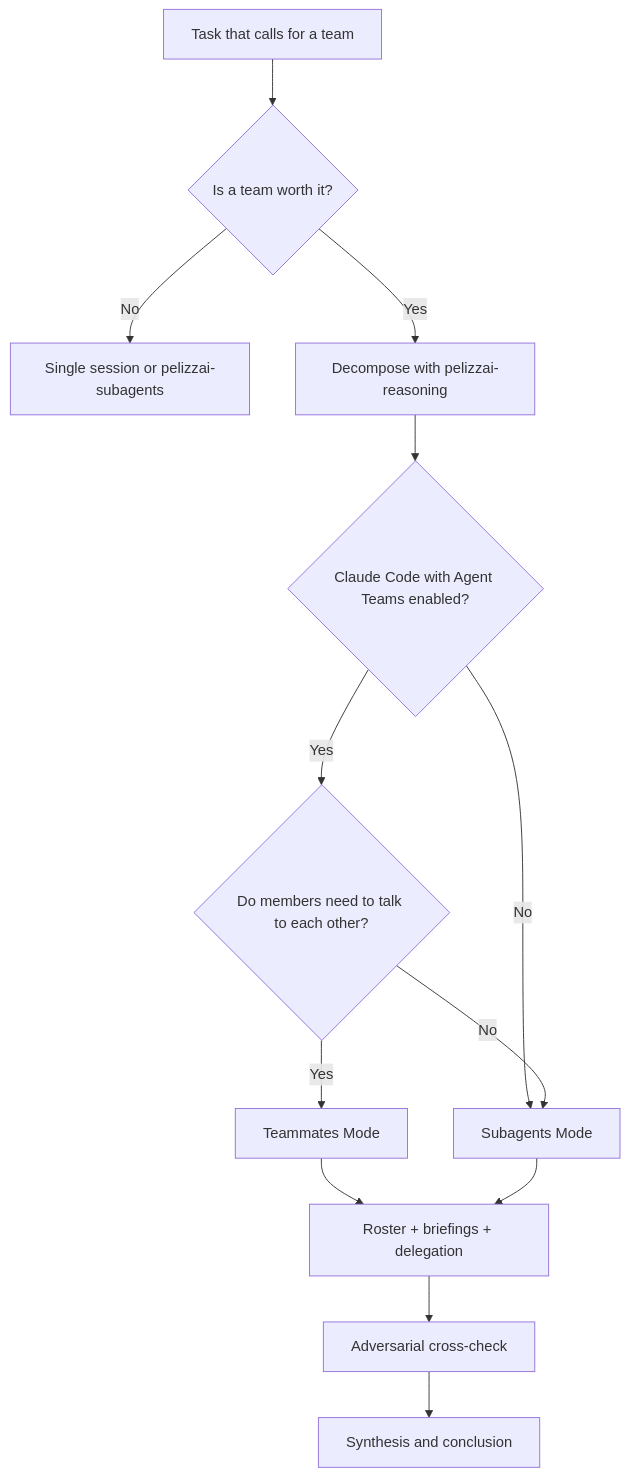
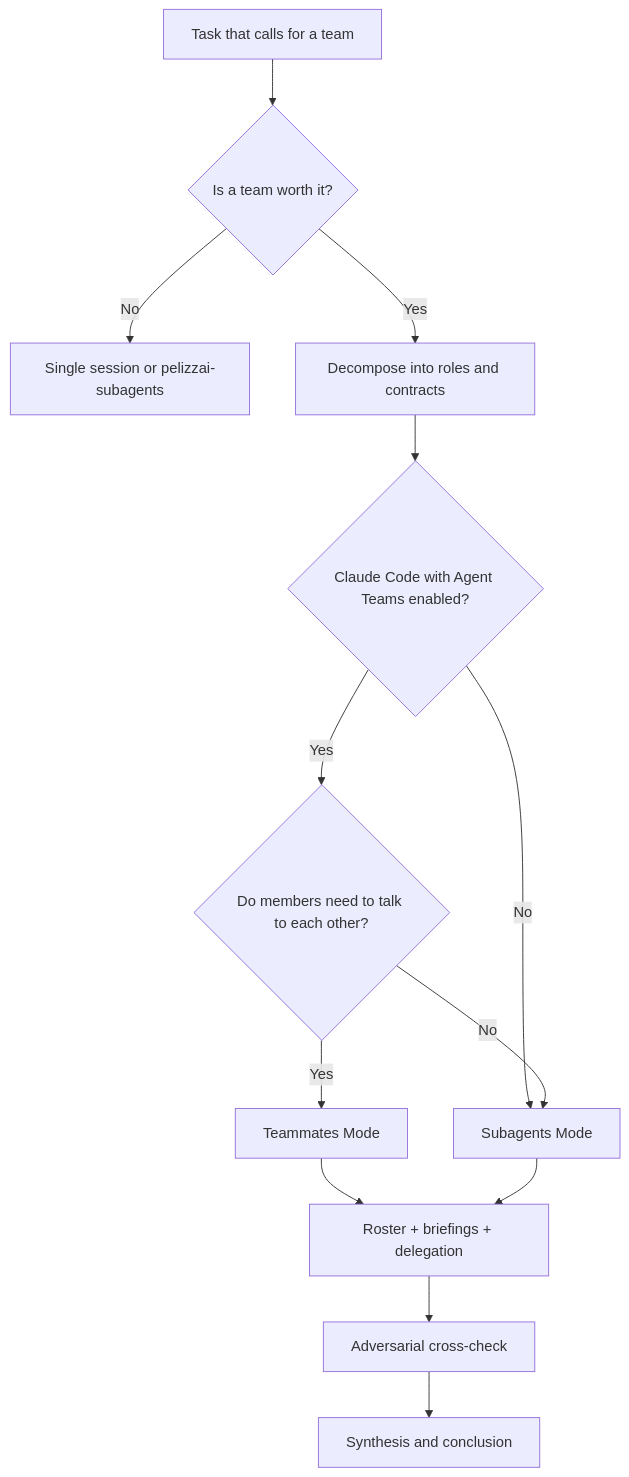
Before and after one commit to rpelizza/PelizzAI: the diagram in .claude/skills/pelizzai-team/SKILL.md, drawn with Mermaid. The commit also changed other lines of this file and 156 other files, not shown here.

````diff
--- a/.claude/skills/pelizzai-team/SKILL.md
+++ b/.claude/skills/pelizzai-team/SKILL.md
@@ -128,15 +128,15 @@
 ```mermaid
 flowchart TD
     A[Task that calls for a team] --> B{Is a team worth it?}
     B -- No --> Z[Single session or pelizzai-subagents]
-    B -- Yes --> C[Decompose with pelizzai-reasoning]
+    B -- Yes --> C[Decompose into roles and contracts]
     C --> D{Claude Code with Agent Teams enabled?}
     D -- No --> S[Subagents Mode]
     D -- Yes --> E{Do members need to talk to each other?}
     E -- Yes --> T[Teammates Mode]
     E -- No --> S
     T --> R[Roster + briefings + delegation]
     S --> R
     R --> V[Adversarial cross-check]
     V --> Y[Synthesis and conclusion]
 ```
````
